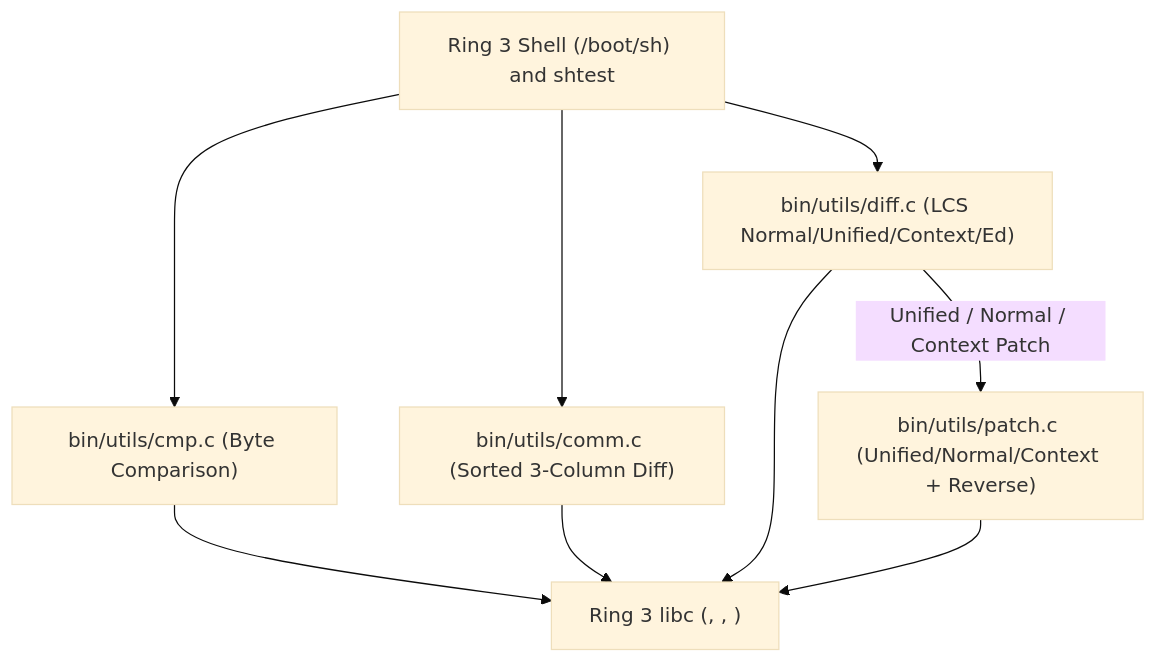
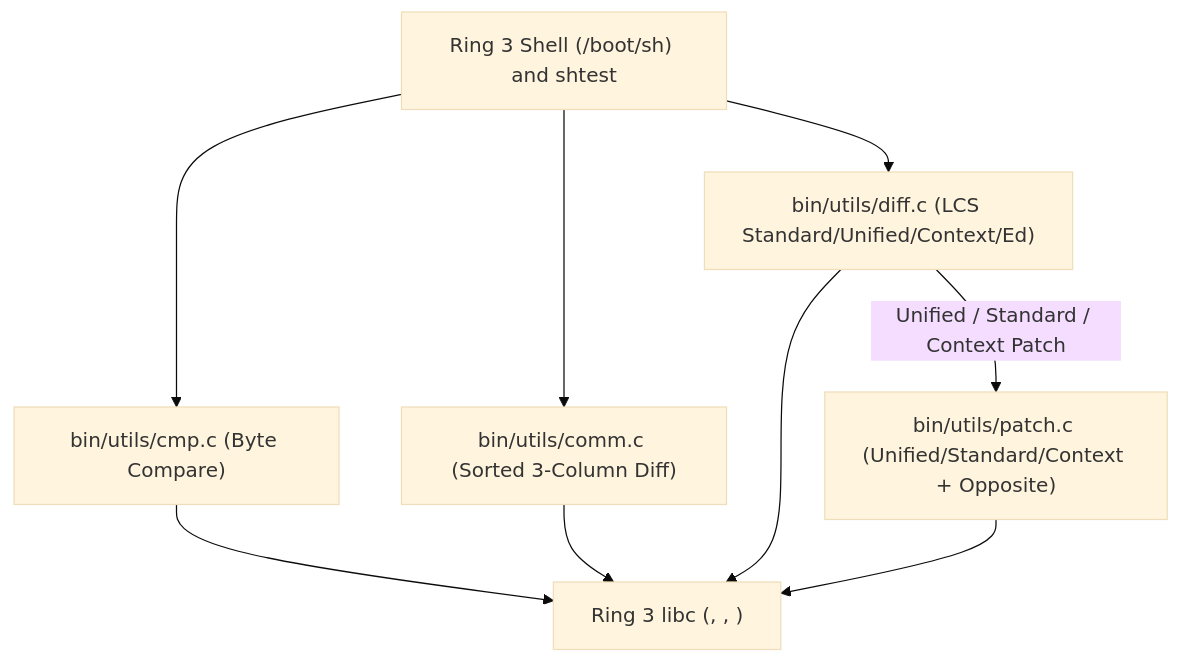
One commit to Deniz-Eren/microkernel changed the diagram in docs/30-architecture/adr/ADR_0045.md. Above: the diagram before and after it, drawn with Mermaid (base theme). The commit also changed other lines of this file and 151 other files, not shown here.

````diff
--- a/docs/30-architecture/adr/ADR_0045.md
+++ b/docs/30-architecture/adr/ADR_0045.md
@@ -19,18 +19,18 @@
 ```mermaid
 flowchart TD
     SH["Ring 3 Shell (/boot/sh) and shtest"]
-    CMP["bin/utils/cmp.c (Byte Comparison)"]
+    CMP["bin/utils/cmp.c (Byte Compare)"]
     COMM["bin/utils/comm.c (Sorted 3-Column Diff)"]
-    DIFF["bin/utils/diff.c (LCS Normal/Unified/Context/Ed)"]
-    PATCH["bin/utils/patch.c (Unified/Normal/Context + Reverse)"]
+    DIFF["bin/utils/diff.c (LCS Standard/Unified/Context/Ed)"]
+    PATCH["bin/utils/patch.c (Unified/Standard/Context + Opposite)"]
     LIBC["Ring 3 libc (<stdio.h>, <dirent.h>, <sys/stat.h>)"]
 
     SH --> CMP
     SH --> COMM
     SH --> DIFF
-    DIFF -->|"Unified / Normal / Context Patch"| PATCH
+    DIFF -->|"Unified / Standard / Context Patch"| PATCH
     CMP --> LIBC
     COMM --> LIBC
     DIFF --> LIBC
     PATCH --> LIBC
 ```
````
